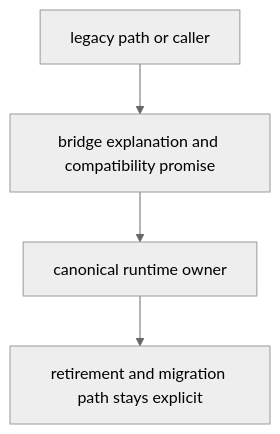
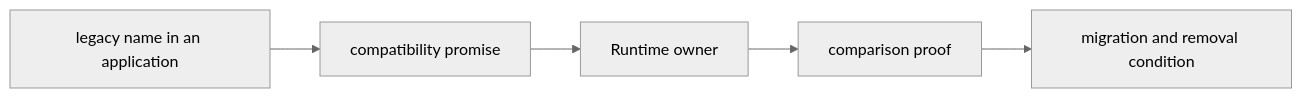
Before and after one commit to bijux/bijux-proteomics: the diagram in docs/02-agentic-proteins/quality/documentation-standards.md, drawn with Mermaid (neutral theme). The commit also changed other lines of this file and 2 other files, not shown here.

Commit message:
docs(compatibility): define bridge quality evidence

````diff
--- a/docs/02-agentic-proteins/quality/documentation-standards.md
+++ b/docs/02-agentic-proteins/quality/documentation-standards.md
@@ -18,11 +29,7 @@
 ```mermaid
-flowchart TB
-    legacy["legacy path or caller"]
-    bridge["bridge explanation and compatibility promise"]
-    runtime["canonical runtime owner"]
-    retirement["retirement and migration path stays explicit"]
-
-    legacy --> bridge
-    bridge --> runtime
-    runtime --> retirement
+flowchart LR
+    L["legacy name in an application"] --> C["compatibility promise"]
+    C --> O["Runtime owner"]
+    O --> P["comparison proof"]
+    P --> X["migration and removal condition"]
 ```
````
